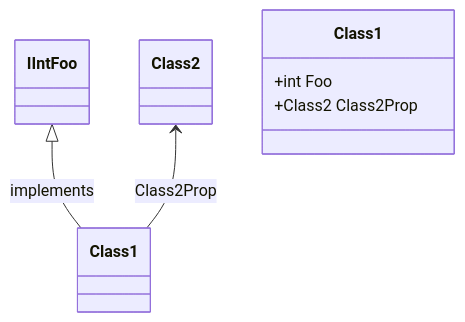
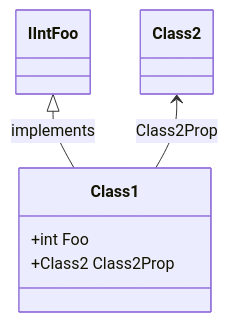
Before and after one commit to erichiller/gh-action-cs-metrics: the first of 7 diagrams in test/SampleProject/CODE_METRICS.md, drawn with Mermaid. The commit also changed other lines of this file, not shown here.

````diff
--- a/test/SampleProject/CODE_METRICS.md
+++ b/test/SampleProject/CODE_METRICS.md
@@ -199,13 +199,13 @@
 ```mermaid
 %%{init: {
     'fontFamily': 'monospace'
 } }%%
 classDiagram
-IIntFoo <|-- Class1 : implements
-Class2 <-- Class1 : Class2Prop
-class SomeRoot.SampleProject.Class1 ["Class1"] {
+IIntFoo <|-- SomeRoot_SampleProject_Class1 : implements
+Class2 <-- SomeRoot_SampleProject_Class1 : Class2Prop
+class SomeRoot_SampleProject_Class1 ["Class1"] {
     +int Foo
     +Class2 Class2Prop
 }
 
 ```
````
